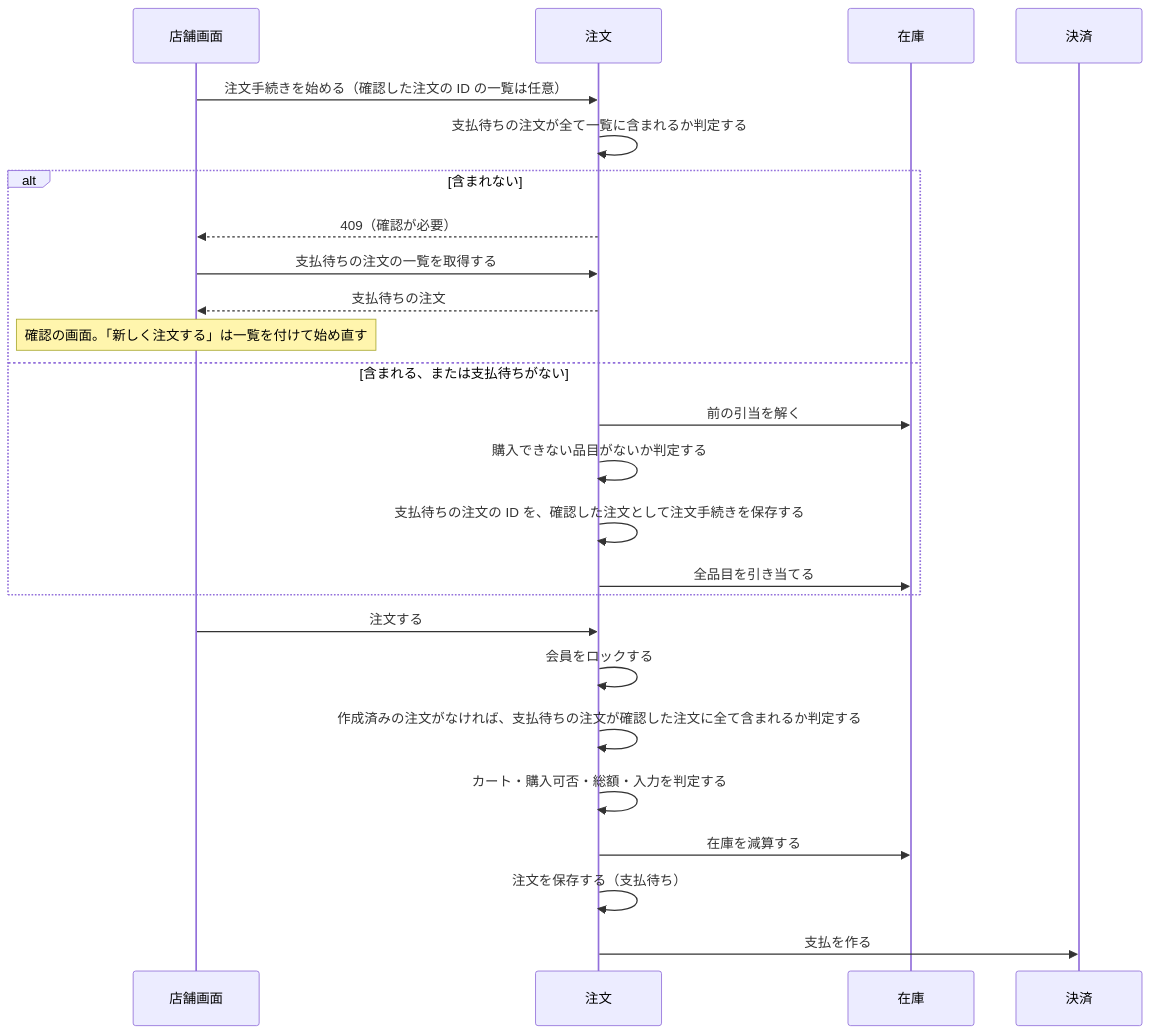
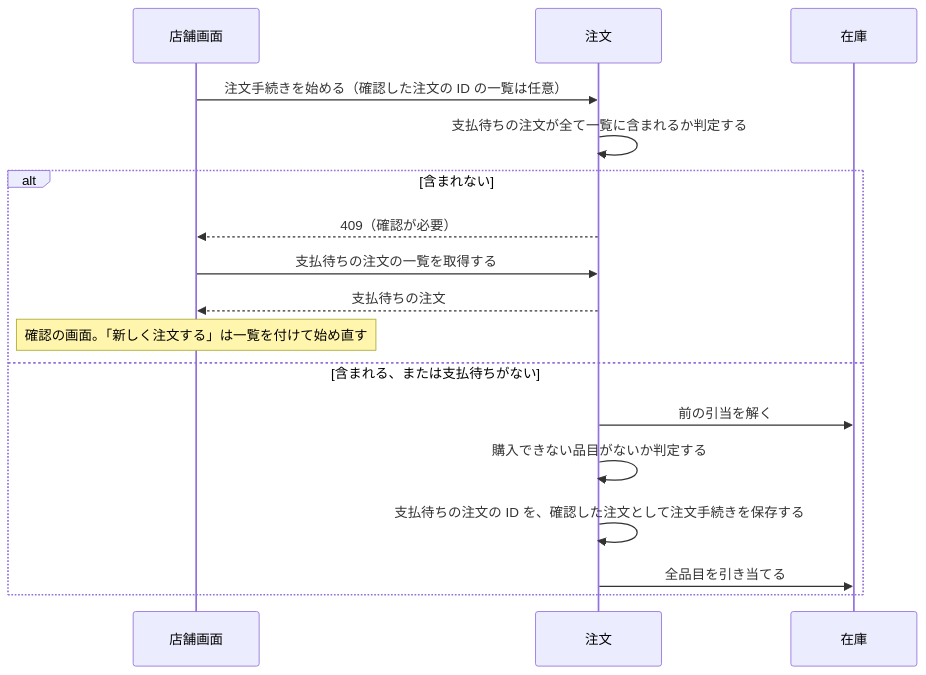
Before and after one commit to roger88106/ec-site: the first of 4 diagrams in docs/02-設計/order.md, drawn with Mermaid. The commit also changed other lines of this file and 7 other files, not shown here.

````diff
--- a/docs/02-設計/order.md
+++ b/docs/02-設計/order.md
@@ -35,27 +37,19 @@
 ```mermaid
 sequenceDiagram
     participant U as 店舗画面
     participant O as 注文
     participant I as 在庫
-    participant P as 決済
     U->>O: 注文手続きを始める（確認した注文の ID の一覧は任意）
     O->>O: 支払待ちの注文が全て一覧に含まれるか判定する
     alt 含まれない
         O-->>U: 409（確認が必要）
         U->>O: 支払待ちの注文の一覧を取得する
         O-->>U: 支払待ちの注文
         Note over U: 確認の画面。「新しく注文する」は一覧を付けて始め直す
     else 含まれる、または支払待ちがない
         O->>I: 前の引当を解く
         O->>O: 購入できない品目がないか判定する
         O->>O: 支払待ちの注文の ID を、確認した注文として注文手続きを保存する
         O->>I: 全品目を引き当てる
     end
-    U->>O: 注文する
-    O->>O: 会員をロックする
-    O->>O: 作成済みの注文がなければ、支払待ちの注文が確認した注文に全て含まれるか判定する
-    O->>O: カート・購入可否・総額・入力を判定する
-    O->>I: 在庫を減算する
-    O->>O: 注文を保存する（支払待ち）
-    O->>P: 支払を作る
 ```
````
